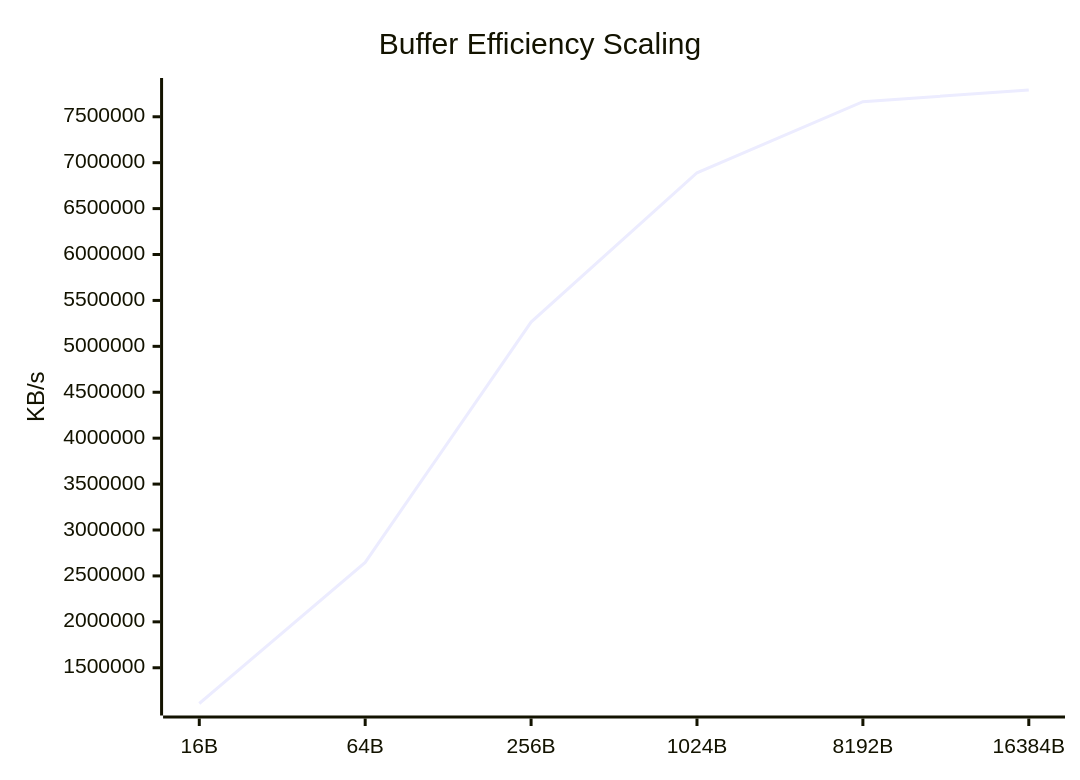
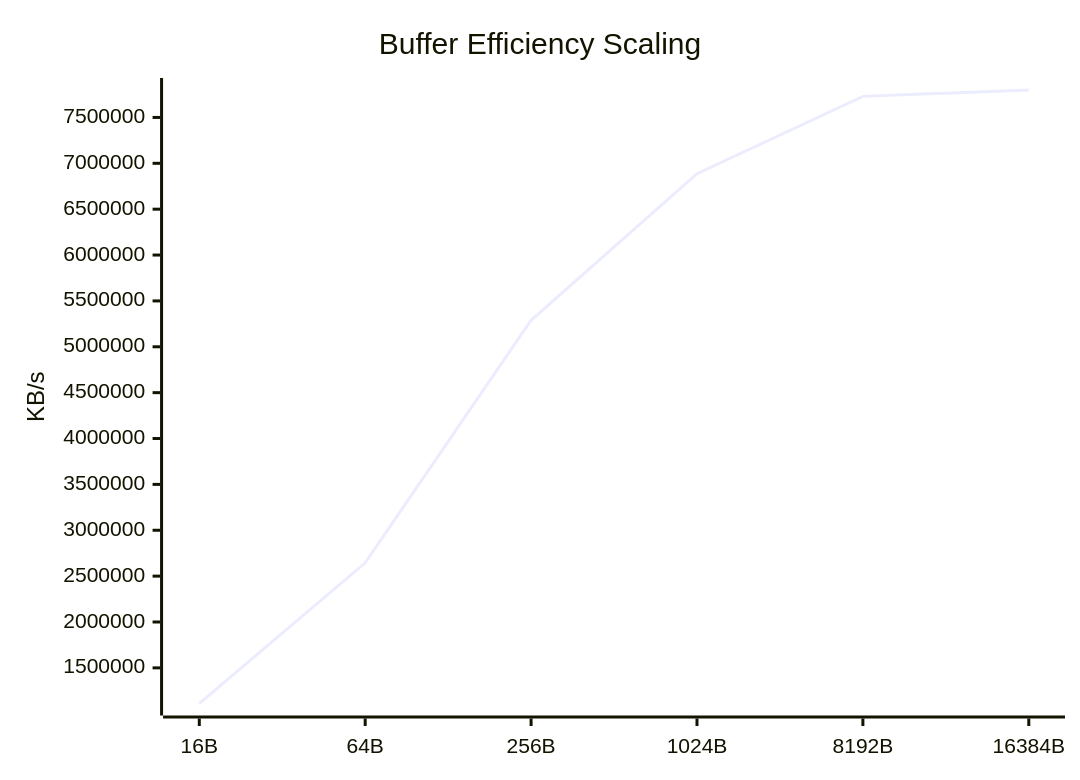
Before and after one commit to taha2samy/openssl_fips: the eighth of 9 diagrams in docs/Comparison_Report.md, drawn with Mermaid. The commit also changed other lines of this file and 2 other files, not shown here.

````diff
--- a/docs/Comparison_Report.md
+++ b/docs/Comparison_Report.md
@@ -118,7 +118,7 @@
 ```mermaid
 xychart-beta
     title "Buffer Efficiency Scaling"
     x-axis [16B, 64B, 256B, 1024B, 8192B, 16384B]
     y-axis "KB/s"
-    line [1110758.28, 2646840.74, 5264168.83, 6890348.54, 7663857.66, 7791427.58]
+    line [1111518.3, 2645191.1, 5289182.98, 6887053.31, 7729778.69, 7799152.64]
 ```
````
